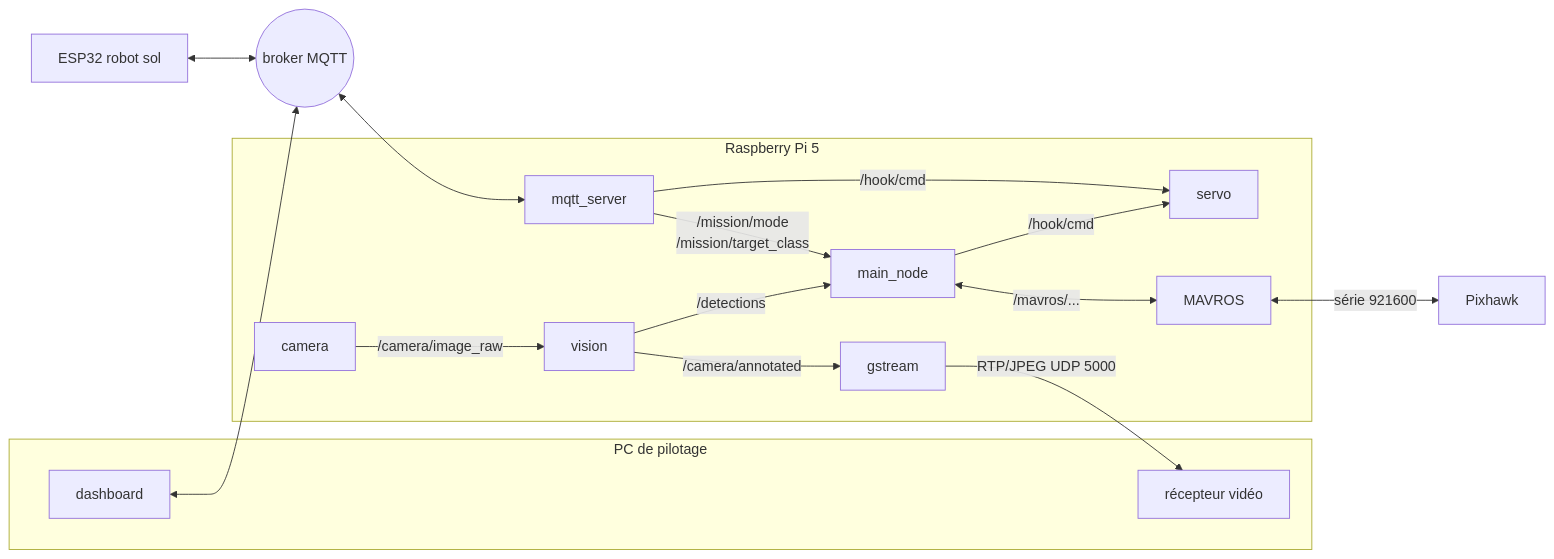
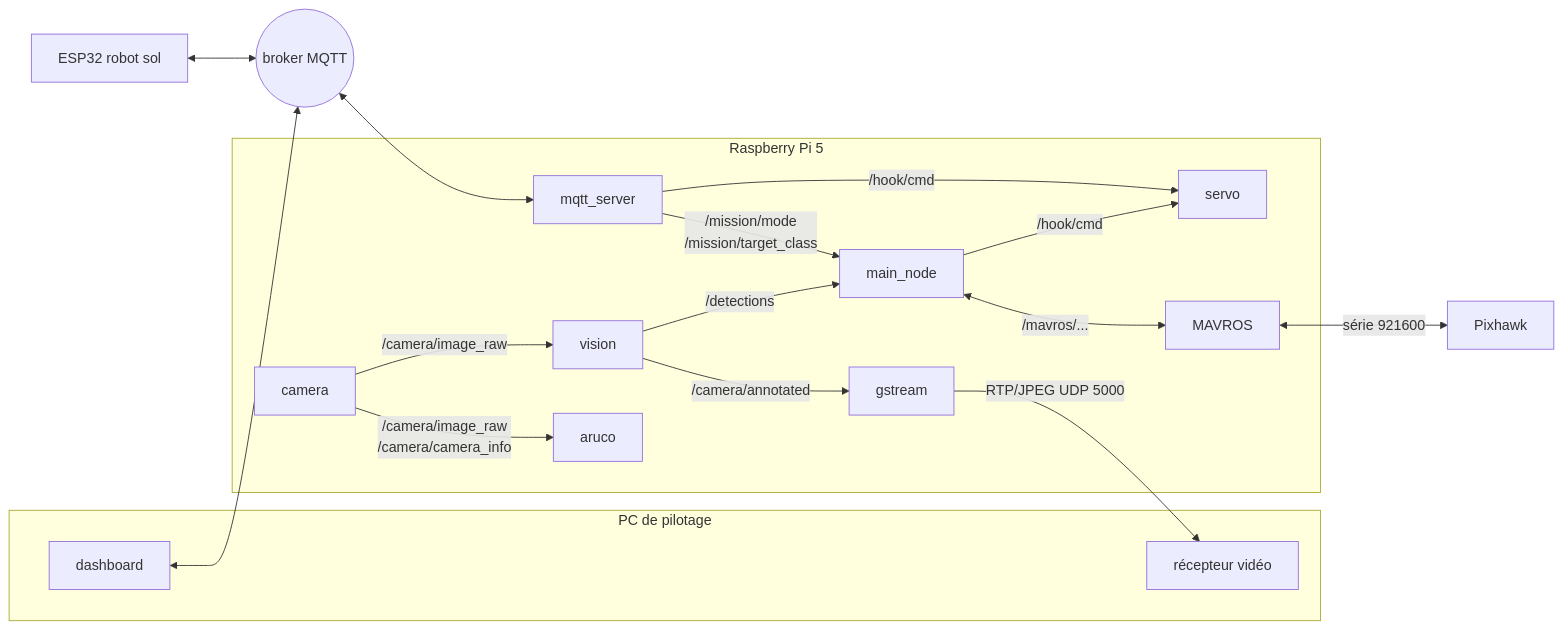
The diagram in docs/architecture.md (Valrobotik/DroneLoad), drawn with Mermaid before and after one commit. The commit also changed other lines of this file and 15 other files, not shown here.

````diff
--- a/docs/architecture.md
+++ b/docs/architecture.md
@@ -35,32 +36,34 @@
 ```mermaid
 flowchart LR
   subgraph PC[PC de pilotage]
     dash[dashboard]
     vid[récepteur vidéo]
   end
   esp[ESP32 robot sol]
   broker((broker MQTT))
   subgraph Pi[Raspberry Pi 5]
     mqtt[mqtt_server]
     main[main_node]
     cam[camera]
     vis[vision]
+    aru[aruco]
     gst[gstream]
     servo[servo]
     mavros[MAVROS]
   end
   px[Pixhawk]
 
   dash <--> broker
   esp <--> broker
   broker <--> mqtt
   mqtt -- /mission/mode<br>/mission/target_class --> main
   mqtt -- /hook/cmd --> servo
   main -- /hook/cmd --> servo
   cam -- /camera/image_raw --> vis
+  cam -- /camera/image_raw<br>/camera/camera_info --> aru
   vis -- /detections --> main
   vis -- /camera/annotated --> gst
   gst -- RTP/JPEG UDP 5000 --> vid
   main <-- /mavros/... --> mavros
   mavros <-- série 921600 --> px
 ```
````
